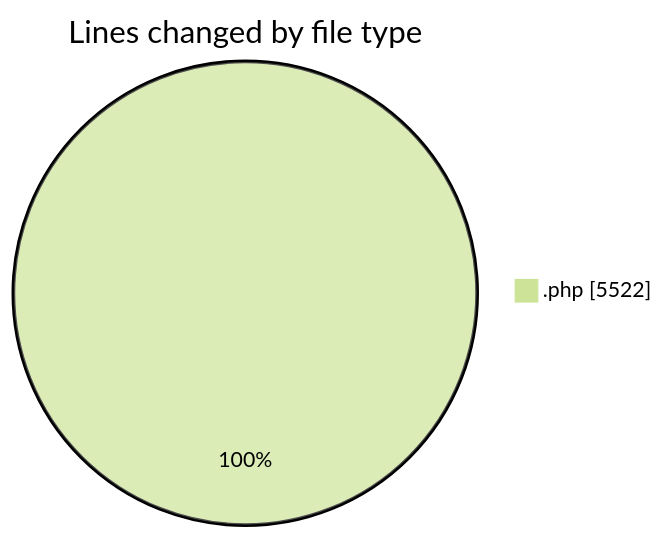
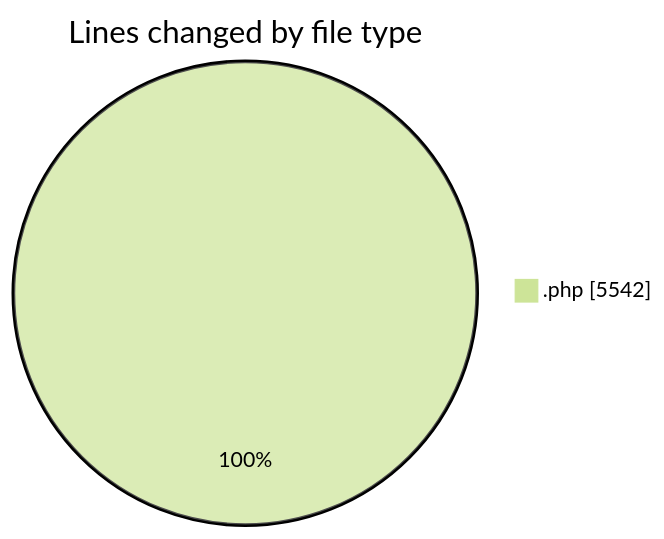
Before and after one commit to vahidmafi/code-tracking: the first of 2 diagrams in 2025-07-21/shop/README.md, drawn with Mermaid (forest theme). The commit also changed other lines of this file and 1 other file, not shown here.

````diff
--- a/2025-07-21/shop/README.md
+++ b/2025-07-21/shop/README.md
@@ -21,5 +21,5 @@
 ```mermaid
 pie showData
 title Lines changed by file type
-".php" : 5522
+".php" : 5542
 ```
````
